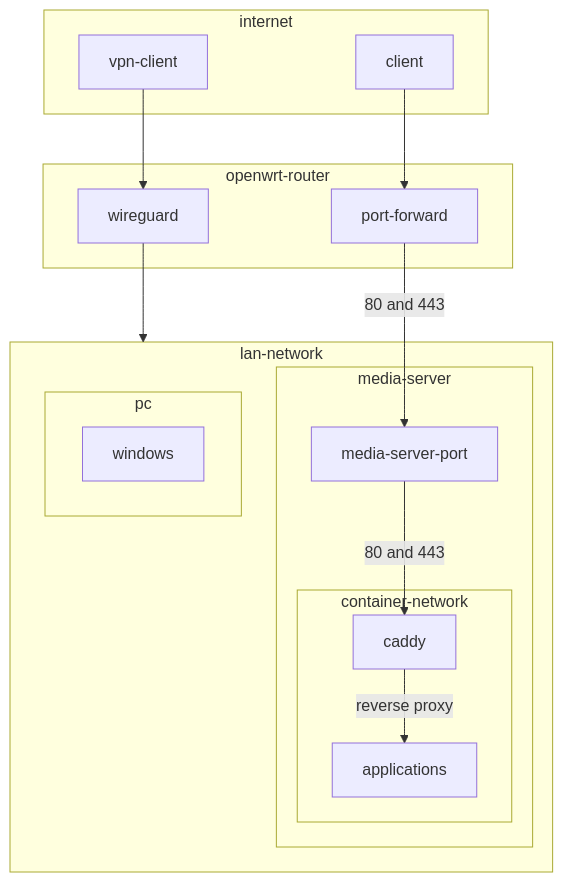
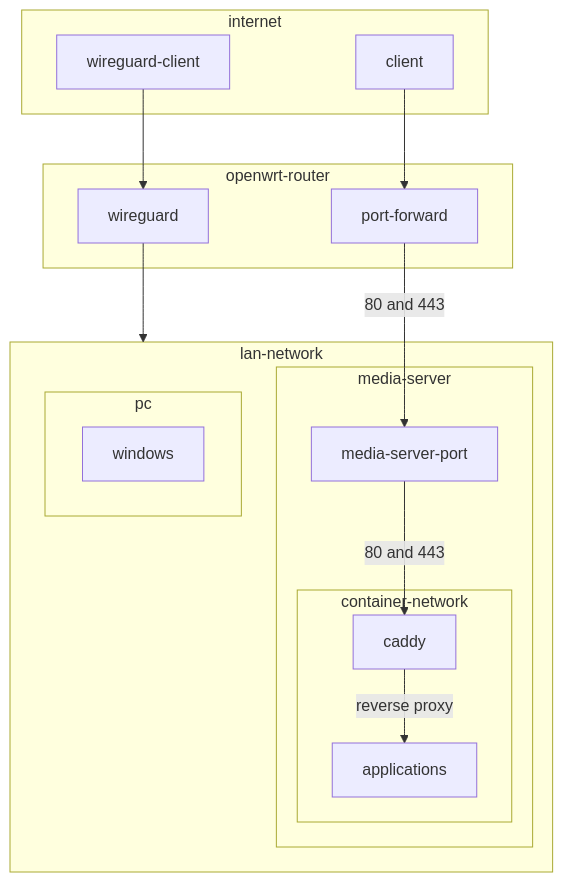
One commit to zephyros-dev/media-server changed the first of 2 diagrams in README.md. Above: the diagram before and after it, drawn with Mermaid. The commit also changed other lines of this file, not shown here.

Commit message:
Update disk graphs

````diff
--- a/README.md
+++ b/README.md
@@ -4,24 +5,24 @@
 ```mermaid
 flowchart
   subgraph lan-network
     subgraph media-server
       subgraph container-network
         caddy -- reverse proxy --> applications
       end
       media-server-port -- 80 and 443 --> caddy
     end
     subgraph pc
       windows
     end
   end
   subgraph internet
     client
-    vpn-client
+    wireguard-client
   end
   subgraph openwrt-router
     client --> port-forward
-    vpn-client --> wireguard
+    wireguard-client --> wireguard
   end
   port-forward -- 80 and 443 --> media-server-port
   wireguard --> lan-network
 ```
````
